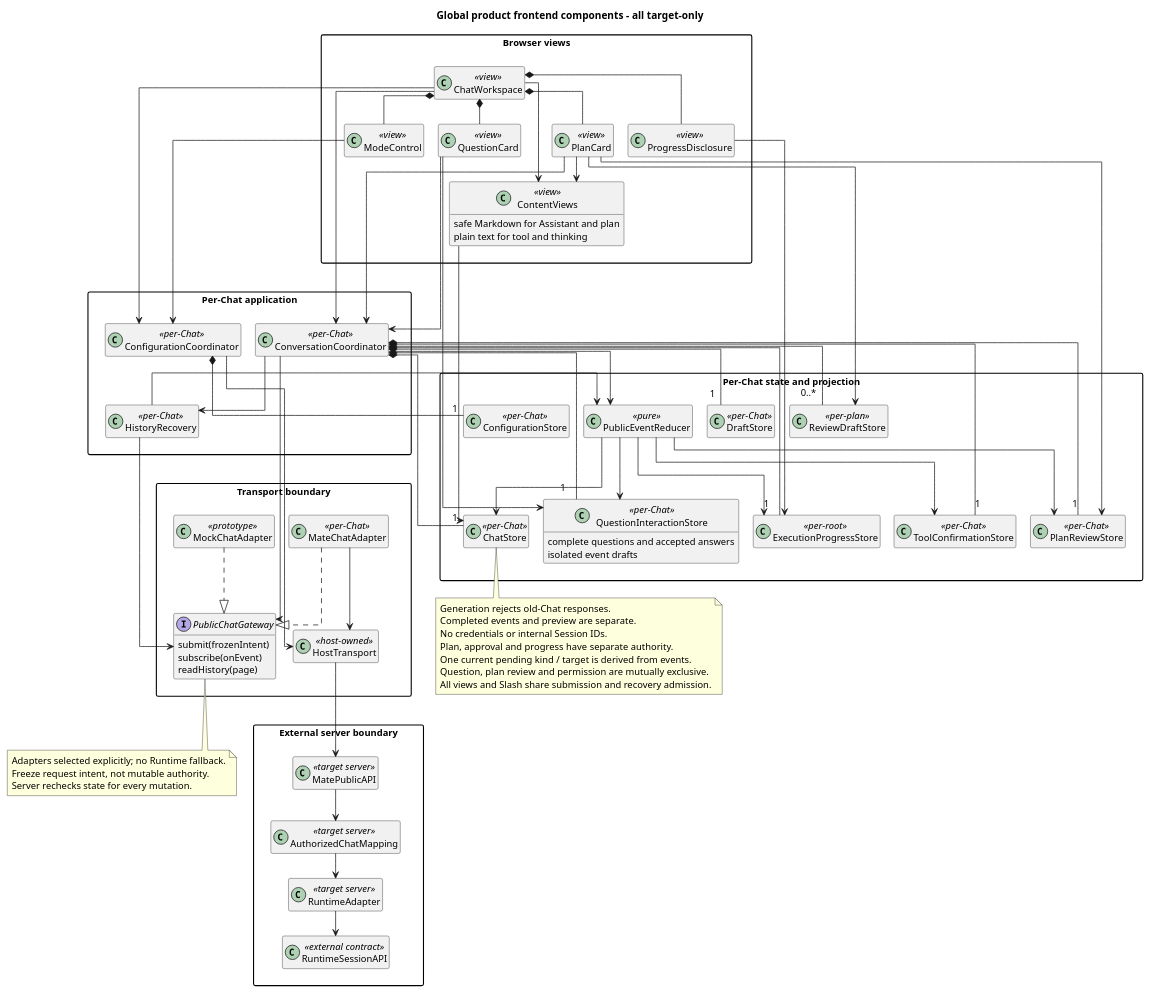
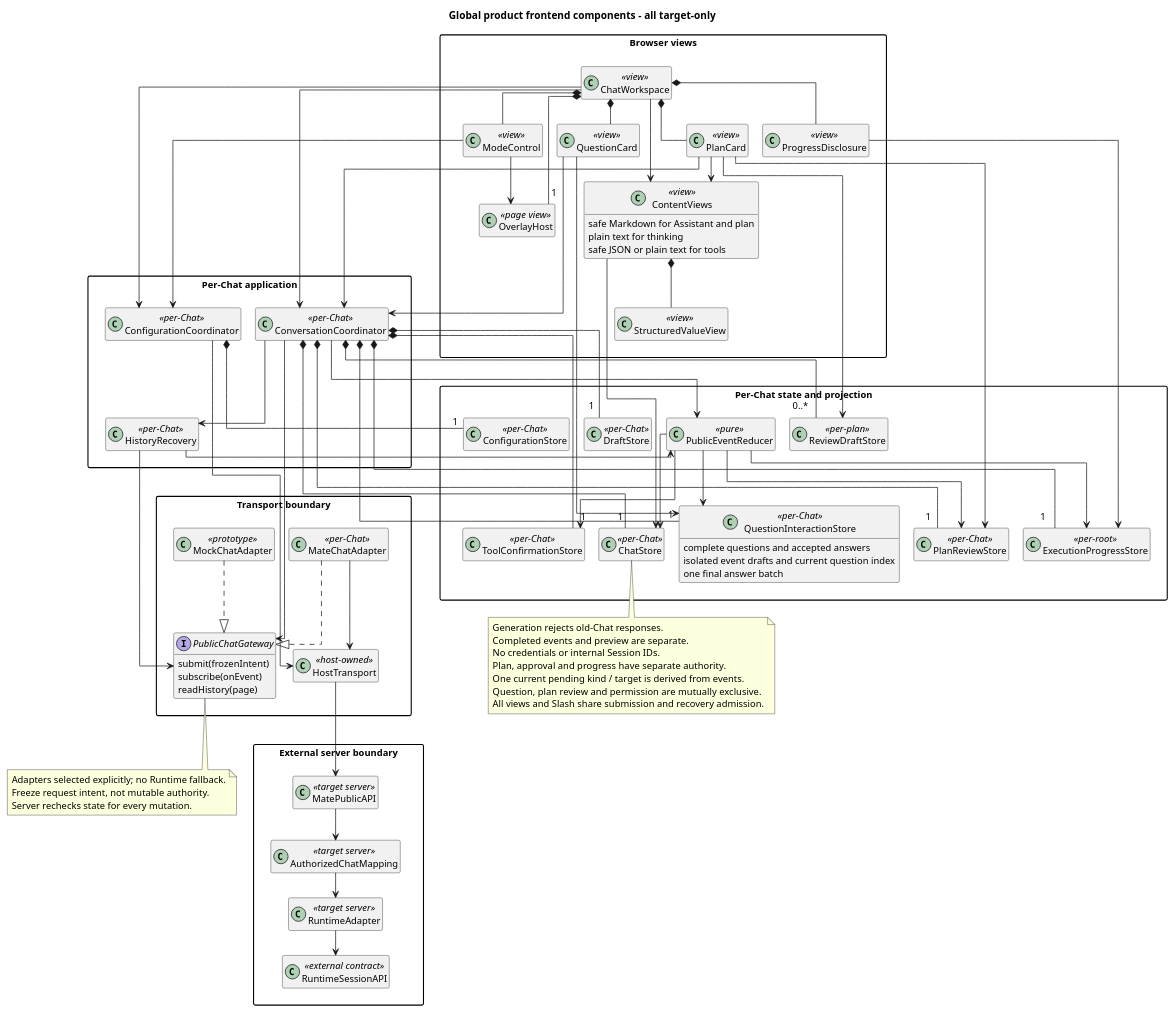
Before and after one commit to ssm0808/pi-mono-java-design: the fifth of 8 diagrams in 01-总体架构/04-CampusClaw前端体验/diagram.puml, drawn with PlantUML. The commit also changed other lines of this file and 23 other files, not shown here.

```diff
--- a/01-总体架构/04-CampusClaw前端体验/diagram.puml
+++ b/01-总体架构/04-CampusClaw前端体验/diagram.puml
@@ -205,133 +210,143 @@
 @startuml target_frontend_components
 top to bottom direction
 skinparam backgroundColor white
 skinparam shadowing false
 skinparam defaultFontName SansSerif
 skinparam defaultFontSize 13
 skinparam classAttributeIconSize 0
 skinparam packageStyle rectangle
 skinparam nodesep 20
 skinparam ranksep 35
 skinparam linetype ortho
 hide empty members
 ' Source baseline: pi-mono-java 9f785bea3ffff8f6566cd1b2727285af46a2aead. Thinking-only evidence: 4cc8dd86 frontend/src/components/ThinkingDisclosure.vue template; target displays original model reasoning.
 ' Source evidence: frontend/src/App.vue submit; frontend/src/composables/useRuntimeApi.ts loadHistory, request.
 ' Source evidence: frontend/src/projectors/runtimeEventProjector.ts projectRuntimeEvents; frontend/src/types/product.ts.
 ' Source evidence: frontend/src/runtime/eventStore.ts executionState, reconcileEvents; types/runtime.ts RuntimeEvent.
 ' Observed behavior: PlanCard, QuestionCard, ProgressDisclosure, mode and Slash exist in this development commit.
 ' Source: frontend/src/components/PlanCard.vue; ProgressDisclosure.vue; composables/useCommandComposer.ts.
 ' Public integration target: complete question events, exact answers and a shared pending-interaction gate.
 ' Codex d58d0e58: codex-rs/tui/src/chatwidget/plan_implementation.rs selection_view_params.
 ' Java divergence: exact proposal approval resumes the original execution, not a new user message.
 ' Target-only architecture: every class and relationship below is a product integration target.
+' Source delta: pi-mono-java 1d08f98e frontend/src/components/QuestionCard.vue; runtimeEventProjector.ts.
+' Observed behavior: all questions render together; AskUserQuestion also renders as a generic activity.
+' Target-only UI: one visible question, grouped question activity, safe JSON viewer and root overlay.
 ' Design reason: isolate protocol and host identity, use per-Chat state, and make recovery read-only.
 title Global product frontend components - all target-only
 package "Browser views" as Views {
   class ChatWorkspace <<view>>
   class PlanCard <<view>>
   class QuestionCard <<view>>
   class ModeControl <<view>>
+  class OverlayHost <<page view>>
+  class StructuredValueView <<view>>
   class ProgressDisclosure <<view>>
   class ContentViews <<view>> {
     safe Markdown for Assistant and plan
-    plain text for tool and thinking
+    plain text for thinking
+    safe JSON or plain text for tools
   }
 }
 package "Per-Chat application" as Application {
   class ConversationCoordinator <<per-Chat>>
   class HistoryRecovery <<per-Chat>>
   class ConfigurationCoordinator <<per-Chat>>
 }
 package "Per-Chat state and projection" as State {
   class ChatStore <<per-Chat>>
   class DraftStore <<per-Chat>>
   class ToolConfirmationStore <<per-Chat>>
   class ConfigurationStore <<per-Chat>>
   class PlanReviewStore <<per-Chat>>
   class QuestionInteractionStore <<per-Chat>> {
     complete questions and accepted answers
-    isolated event drafts
+    isolated event drafts and current question index
+    one final answer batch
   }
   class ReviewDraftStore <<per-plan>>
   class ExecutionProgressStore <<per-root>>
   class PublicEventReducer <<pure>>
 }
 package "Transport boundary" as Transport {
   interface PublicChatGateway {
     submit(frozenIntent)
     subscribe(onEvent)
     readHistory(page)
   }
   class MateChatAdapter <<per-Chat>>
   class MockChatAdapter <<prototype>>
   class HostTransport <<host-owned>>
 }
 package "External server boundary" as External {
   class MatePublicAPI <<target server>>
   class AuthorizedChatMapping <<target server>>
   class RuntimeAdapter <<target server>>
   class RuntimeSessionAPI <<external contract>>
 }
 ChatWorkspace -down-> ConversationCoordinator
 ChatWorkspace -down-> ConfigurationCoordinator
 ChatWorkspace --> ContentViews
 ChatWorkspace *-down- PlanCard
 ChatWorkspace *-down- QuestionCard
 QuestionCard -down-> ConversationCoordinator
 QuestionCard --> QuestionInteractionStore
 ChatWorkspace *-down- ModeControl
+ChatWorkspace *-- "1" OverlayHost
+ModeControl --> OverlayHost
+ContentViews *-- StructuredValueView
 ChatWorkspace *-down- ProgressDisclosure
 PlanCard --> ContentViews
 PlanCard -down-> ConversationCoordinator
 PlanCard --> PlanReviewStore
 PlanCard --> ReviewDraftStore
 ModeControl -down-> ConfigurationCoordinator
 ProgressDisclosure --> ExecutionProgressStore
 ConversationCoordinator *-down- "1" DraftStore
 ConversationCoordinator *-down- "1" ToolConfirmationStore
 ConversationCoordinator *-down- "1" ChatStore
 ConversationCoordinator *-down- "1" PlanReviewStore
 ConversationCoordinator *-down- "1" QuestionInteractionStore
 ConversationCoordinator *-down- "1" ExecutionProgressStore
 ConversationCoordinator *-down- "0..*" ReviewDraftStore
 ConversationCoordinator --> PublicChatGateway
 ConversationCoordinator -down-> HistoryRecovery
 HistoryRecovery --> PublicChatGateway
 HistoryRecovery --> PublicEventReducer
 ConversationCoordinator -down-> PublicEventReducer
 PublicEventReducer -down-> ChatStore
 PublicEventReducer -down-> ToolConfirmationStore
 PublicEventReducer -down-> PlanReviewStore
 PublicEventReducer -down-> QuestionInteractionStore
 PublicEventReducer -down-> ExecutionProgressStore
 ContentViews --> ChatStore
 ConfigurationCoordinator *-down- "1" ConfigurationStore
 ConfigurationCoordinator --> HostTransport
 MateChatAdapter ..|> PublicChatGateway
 MockChatAdapter ..|> PublicChatGateway
 MateChatAdapter --> HostTransport
 HostTransport --> MatePublicAPI
 MatePublicAPI --> AuthorizedChatMapping
 AuthorizedChatMapping --> RuntimeAdapter
 RuntimeAdapter --> RuntimeSessionAPI
 note bottom of PublicChatGateway
 Adapters selected explicitly; no Runtime fallback.
 Freeze request intent, not mutable authority.
 Server rechecks state for every mutation.
 end note
 note bottom of ChatStore
 Generation rejects old-Chat responses.
 Completed events and preview are separate.
 No credentials or internal Session IDs.
 Plan, approval and progress have separate authority.
 One current pending kind / target is derived from events.
 Question, plan review and permission are mutually exclusive.
 All views and Slash share submission and recovery admission.
 end note
 ContentViews -[hidden]down-> ConversationCoordinator
 ContentViews -[hidden]down-> ConfigurationCoordinator
 Views -[hidden]down-> Application
 Application -[hidden]down-> State
 State -[hidden]down-> Transport
 Transport -[hidden]down-> External
 @enduml
```
